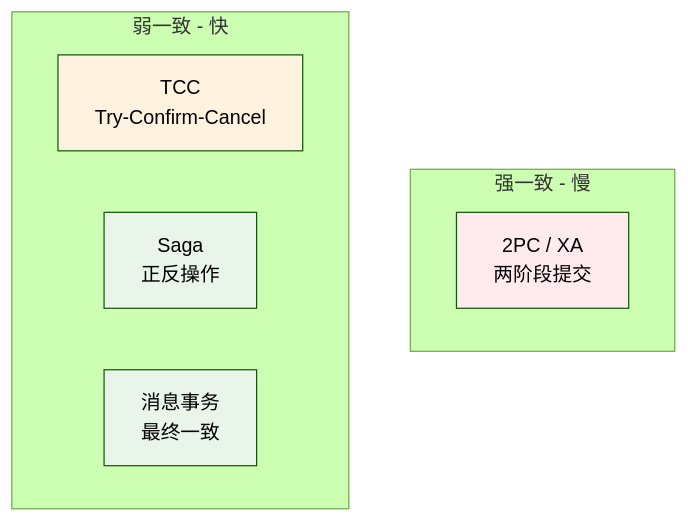
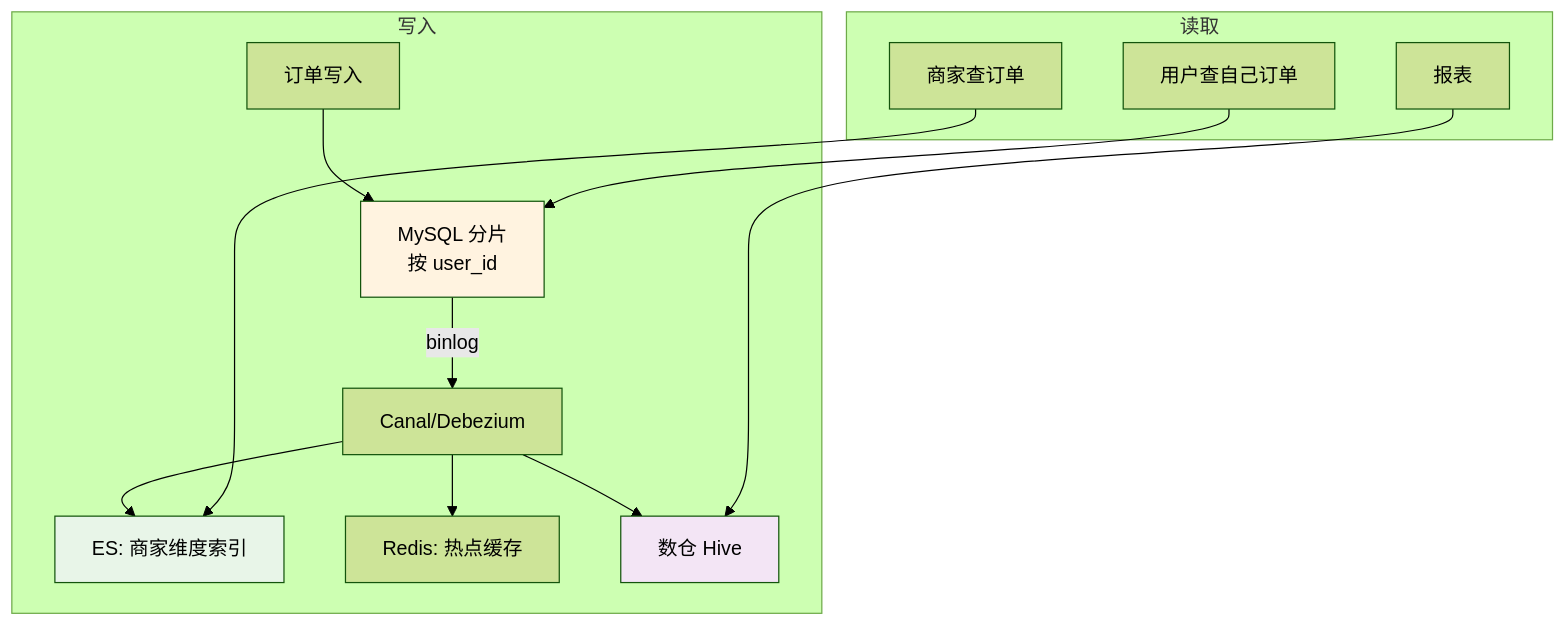
One commit to chongyang211/YCBookBlog changed the fourth of 10 diagrams in docs/10.真经/05.方案设计思想/06.分库分表方案设计.md. Above: the diagram before and after it, drawn with Mermaid (forest theme). The commit also changed other lines of this file and 36 other files, not shown here.

````diff
--- a/docs/10.真经/05.方案设计思想/06.分库分表方案设计.md
+++ b/docs/10.真经/05.方案设计思想/06.分库分表方案设计.md
@@ -419,17 +560,20 @@
 ```mermaid
 graph TB
-    subgraph "强一致 - 慢"
-        XA[2PC / XA<br/>两阶段提交]
+    subgraph "写入"
+        Order[订单写入] --> DB[MySQL 分片<br/>按 user_id]
+        DB -->|binlog| Canal[Canal/Debezium]
+        Canal --> ES[ES: 商家维度索引]
+        Canal --> KV[Redis: 热点缓存]
+        Canal --> DW[数仓 Hive]
     end
     
-    subgraph "弱一致 - 快"
-        TCC[TCC<br/>Try-Confirm-Cancel]
-        Saga[Saga<br/>正反操作]
-        MQ[消息事务<br/>最终一致]
+    subgraph "读取"
+        U[用户查自己订单] --> DB
+        S[商家查订单] --> ES
+        R[报表] --> DW
     end
     
-    style XA fill:#ffebee
-    style TCC fill:#fff3e0
-    style Saga fill:#e8f5e8
-    style MQ fill:#e8f5e8
+    style DB fill:#fff3e0
+    style ES fill:#e8f5e8
+    style DW fill:#f3e5f5
 ```
````
